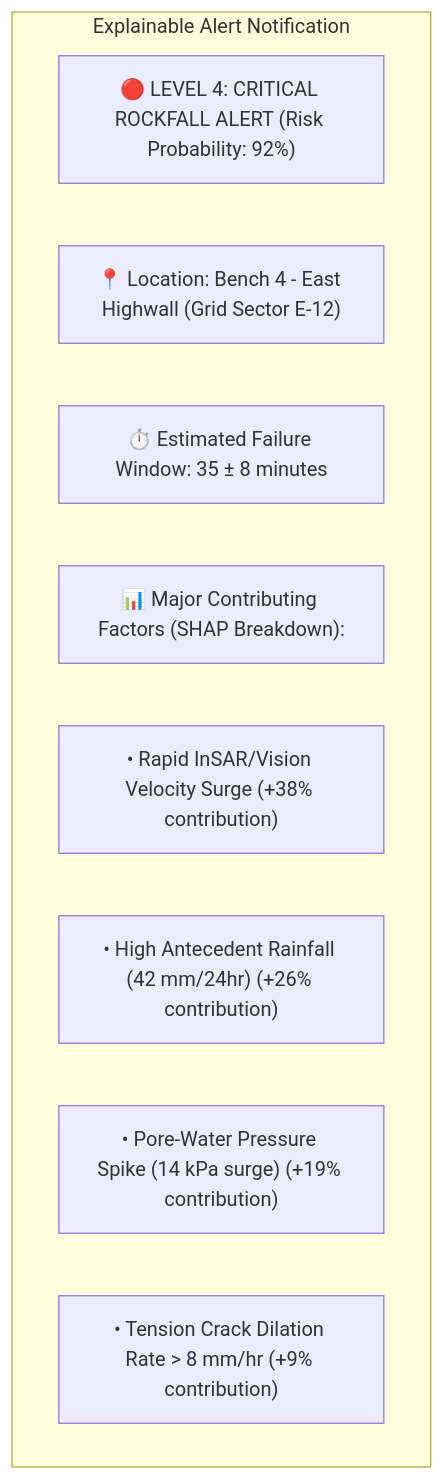
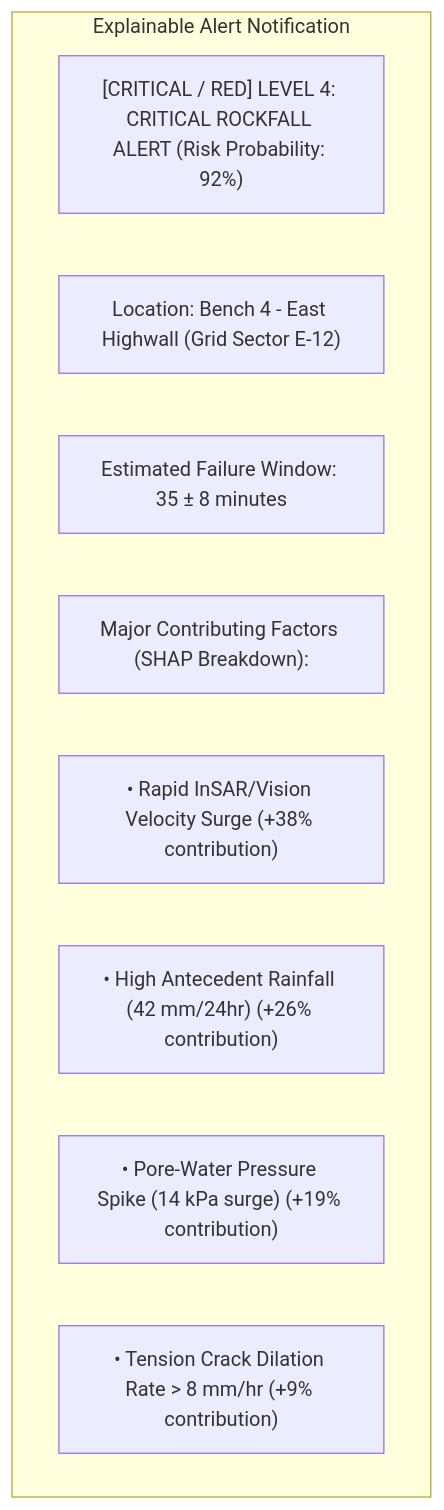
The tenth of 12 diagrams in docs/01_Slope_Stability_Radar_SSR.md (angelverman2021-a11y/Report), drawn with Mermaid before and after one commit. The commit also changed other lines of this file and 32 other files, not shown here.

````diff
--- a/docs/01_Slope_Stability_Radar_SSR.md
+++ b/docs/01_Slope_Stability_Radar_SSR.md
@@ -438,13 +438,13 @@
 ```mermaid
 graph TD
-    subgraph Explainable Alert Notification
-        A["🔴 LEVEL 4: CRITICAL ROCKFALL ALERT (Risk Probability: 92%)"]
-        B["📍 Location: Bench 4 - East Highwall (Grid Sector E-12)"]
-        C["⏱️ Estimated Failure Window: 35 ± 8 minutes"]
-        D["📊 Major Contributing Factors (SHAP Breakdown):"]
-        D1["• Rapid InSAR/Vision Velocity Surge (+38% contribution)"]
-        D2["• High Antecedent Rainfall (42 mm/24hr) (+26% contribution)"]
-        D3["• Pore-Water Pressure Spike (14 kPa surge) (+19% contribution)"]
-        D4["• Tension Crack Dilation Rate > 8 mm/hr (+9% contribution)"]
-    end
+ subgraph Explainable Alert Notification
+ A["[CRITICAL / RED] LEVEL 4: CRITICAL ROCKFALL ALERT (Risk Probability: 92%)"]
+ B[" Location: Bench 4 - East Highwall (Grid Sector E-12)"]
+ C[" Estimated Failure Window: 35 ± 8 minutes"]
+ D[" Major Contributing Factors (SHAP Breakdown):"]
+ D1["• Rapid InSAR/Vision Velocity Surge (+38% contribution)"]
+ D2["• High Antecedent Rainfall (42 mm/24hr) (+26% contribution)"]
+ D3["• Pore-Water Pressure Spike (14 kPa surge) (+19% contribution)"]
+ D4["• Tension Crack Dilation Rate > 8 mm/hr (+9% contribution)"]
+ end
 ```
````
